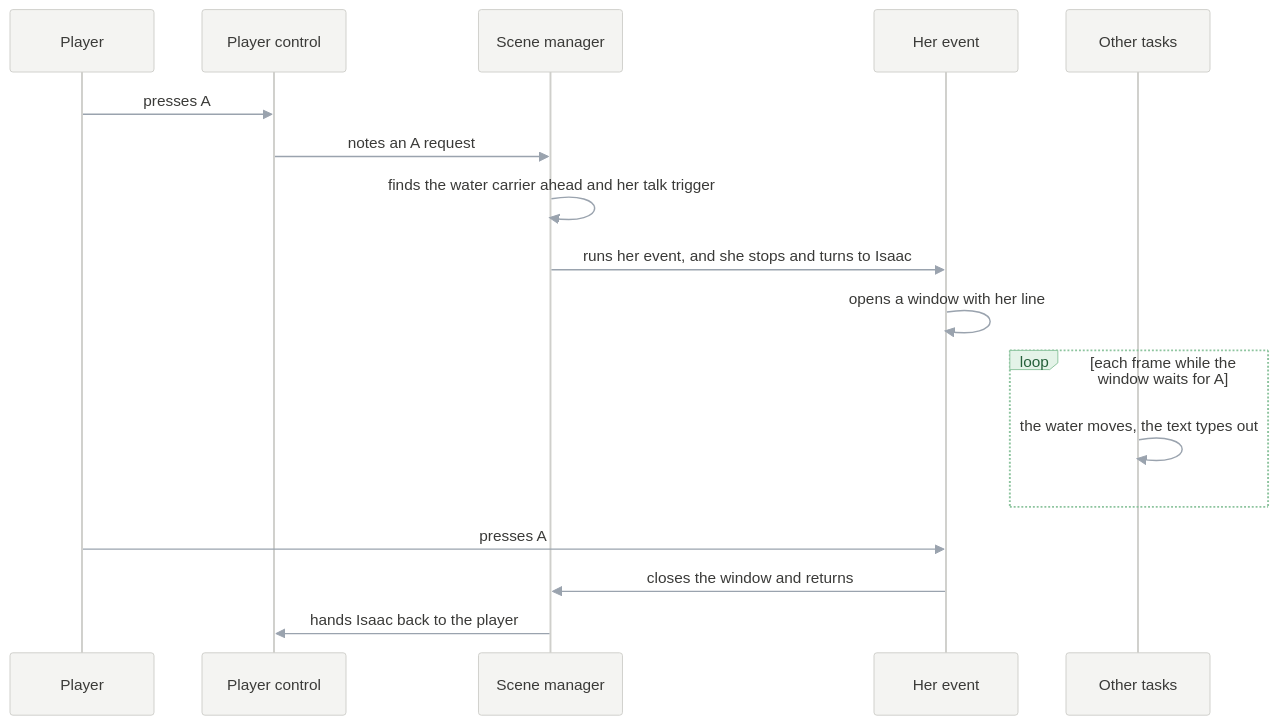
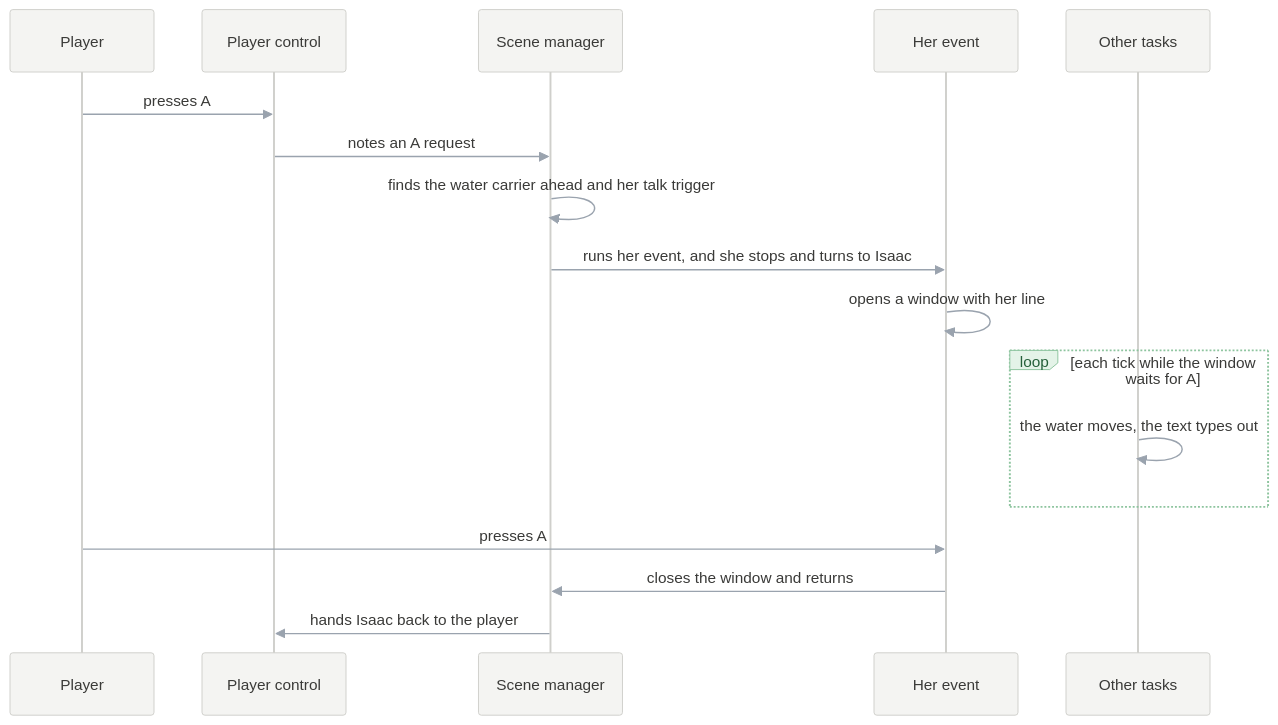
Before and after one commit to PascalPixel/alchemy: the ninth of 9 diagrams in games/tbs/README.md, drawn with Mermaid. The commit also changed other lines of this file and 1 other file, not shown here.

````diff
--- a/games/tbs/README.md
+++ b/games/tbs/README.md
@@ -386,20 +389,20 @@
 ```mermaid
 %%{init: {"theme": "base", "themeVariables": {"actorBkg": "#F4F4F2", "actorBorder": "#CFCFCB", "actorTextColor": "#3A3A38", "signalColor": "#9AA3AE", "signalTextColor": "#3A3A38", "noteBkgColor": "#FBE7C6", "noteBorderColor": "#E0B46A", "noteTextColor": "#7A5212", "loopTextColor": "#3A3A38", "labelBoxBkgColor": "#E4F3E8", "labelBoxBorderColor": "#8DC49E", "labelTextColor": "#25603A"}}}%%
 sequenceDiagram
   participant P as Player
   participant C as Player control
   participant M as Scene manager
   participant E as Her event
   participant T as Other tasks
   P->>C: presses A
   C->>M: notes an A request
   M->>M: finds the water carrier ahead and her talk trigger
   M->>E: runs her event, and she stops and turns to Isaac
   E->>E: opens a window with her line
-  loop each frame while the window waits for A
+  loop each tick while the window waits for A
     T->>T: the water moves, the text types out
   end
   P->>E: presses A
   E->>M: closes the window and returns
   M->>C: hands Isaac back to the player
 ```
````
